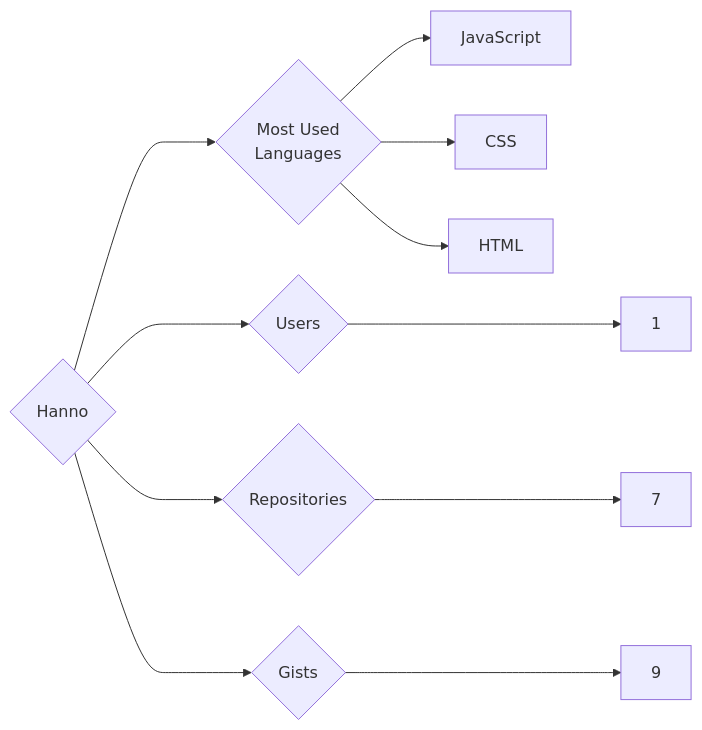
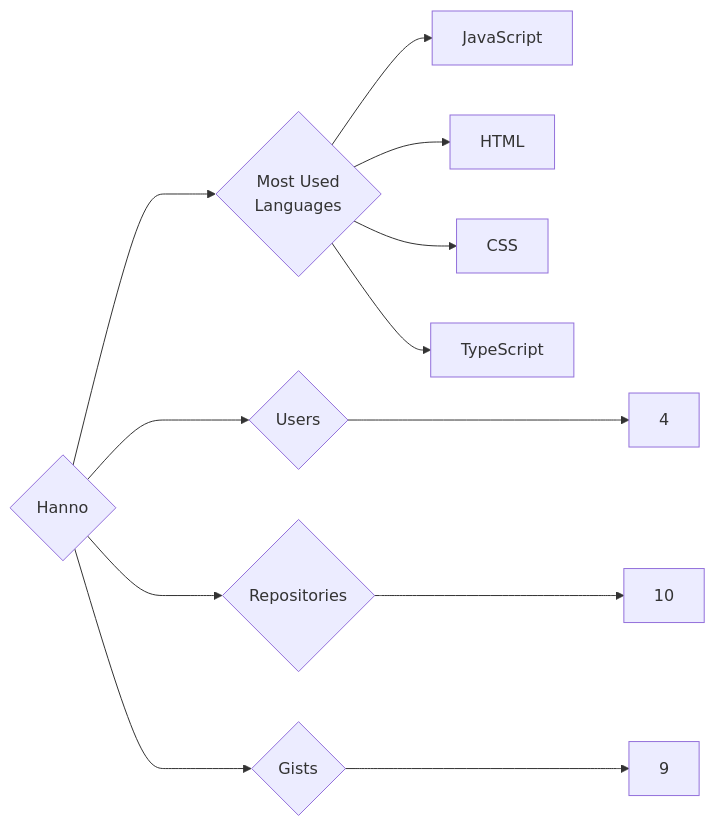
The diagram in targets/Hanno/README.md (trickest/insiders), drawn with Mermaid before and after one commit. The commit also changed 1088 other files, not shown here.

````diff
--- a/targets/Hanno/README.md
+++ b/targets/Hanno/README.md
@@ -3,11 +3,12 @@
 ```mermaid
 graph LR
 COMPANY_NAME{Hanno}
-COMPANY_NAME ---> U{Users} ---> UN[1]
-COMPANY_NAME ---> R{Repositories} ---> RN[7]
+COMPANY_NAME ---> U{Users} ---> UN[4]
+COMPANY_NAME ---> R{Repositories} ---> RN[10]
 COMPANY_NAME ---> G{Gists} ---> GN[9]
 COMPANY_NAME ---> ML{Most Used<br>Languages}
 ML --> JavaScript[JavaScript]
+ML --> HTML[HTML]
 ML --> CSS[CSS]
-ML --> HTML[HTML]
+ML --> TypeScript[TypeScript]
 ```
````
